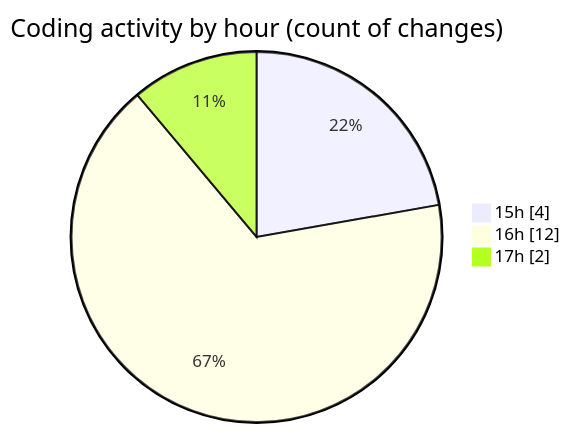
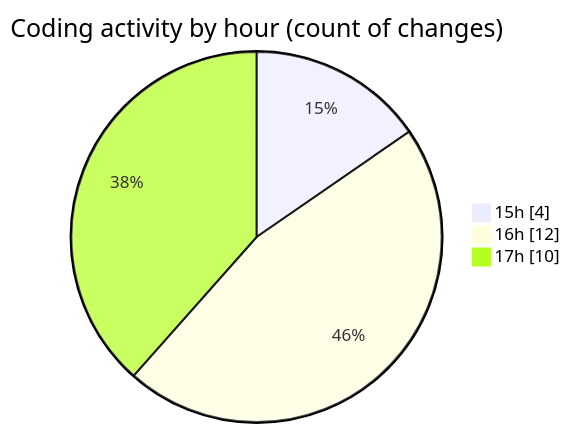
The second of 2 diagrams in 2025-10-06/untitled__workspace_/README.md (debugP/code-tracking), drawn with Mermaid before and after one commit. The commit also changed other lines of this file and 1 other file, not shown here.

````diff
--- a/2025-10-06/untitled__workspace_/README.md
+++ b/2025-10-06/untitled__workspace_/README.md
@@ -37,7 +37,7 @@
 ```mermaid
 pie showData
 title Coding activity by hour (count of changes)
 "15h" : 4
 "16h" : 12
-"17h" : 2
+"17h" : 10
 ```
````
